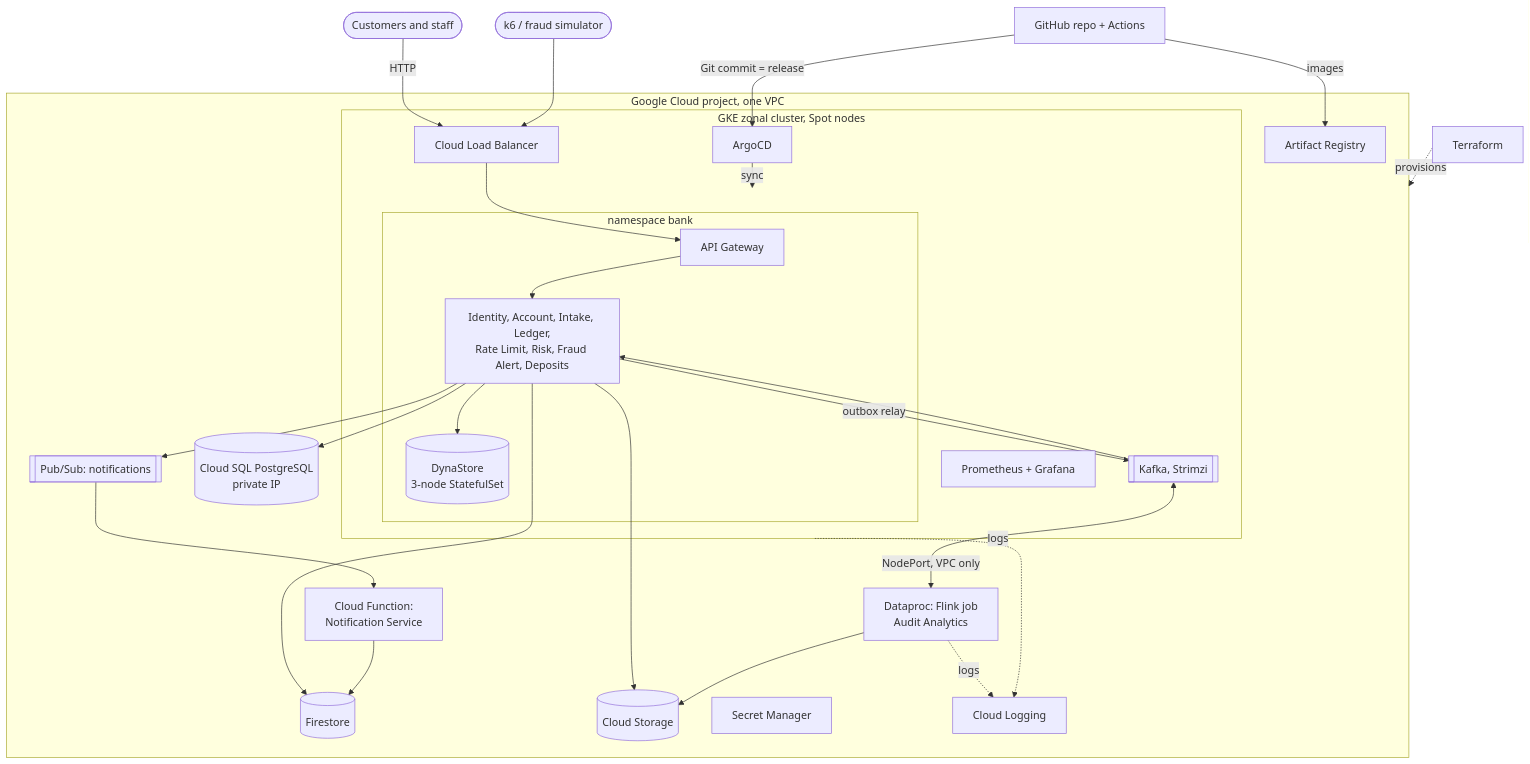
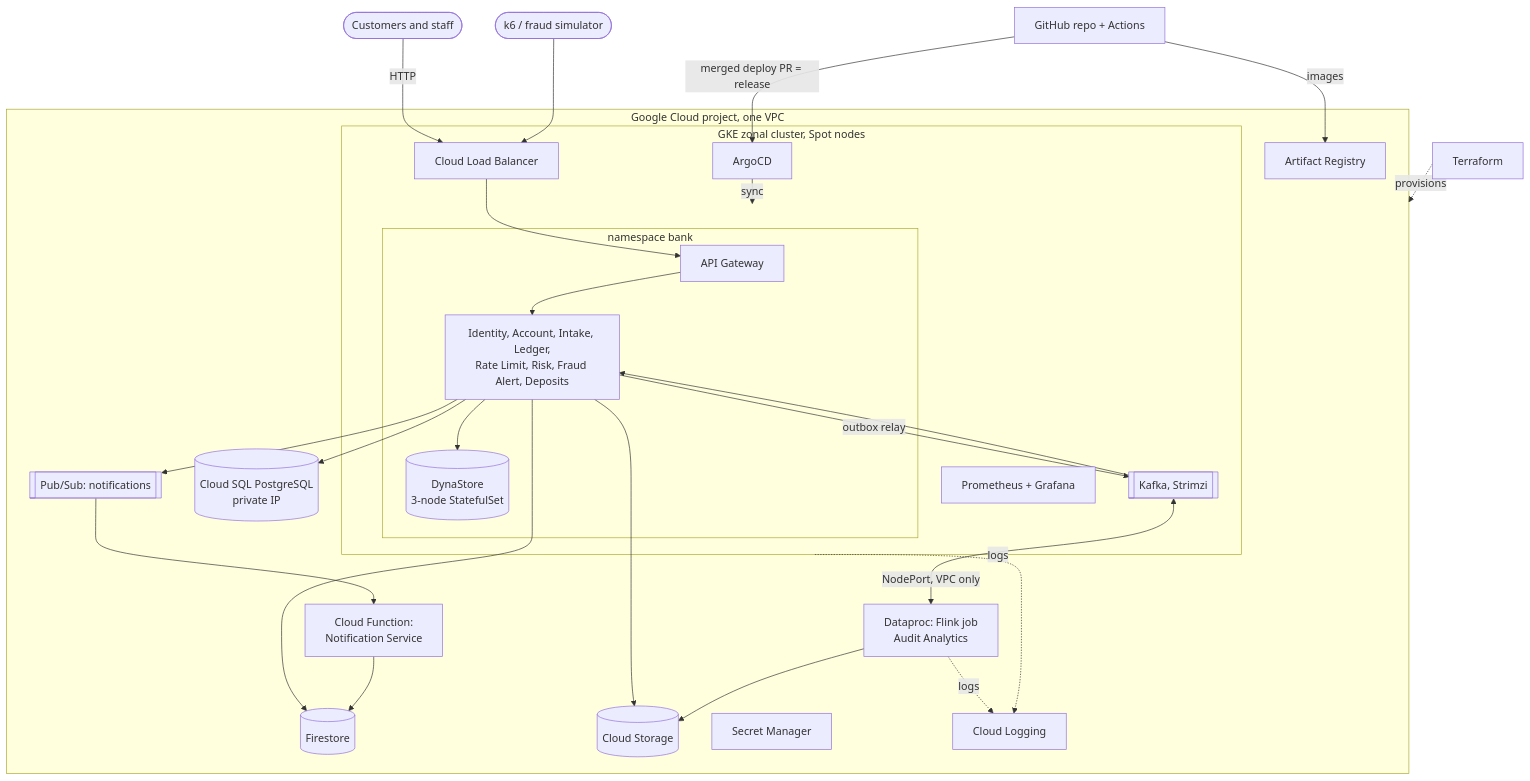
One commit to MSRishab007/unbeatable-bank changed the first of 2 diagrams in docs/design.md. Above: the diagram before and after it, drawn with Mermaid. The commit also changed other lines of this file and 8 other files, not shown here.

````diff
--- a/docs/design.md
+++ b/docs/design.md
@@ -53,43 +53,43 @@
 ```mermaid
 flowchart TB
     user([Customers and staff]) -->|HTTP| lb[Cloud Load Balancer]
     k6([k6 / fraud simulator]) --> lb
 
     subgraph gcp[Google Cloud project, one VPC]
         subgraph gke[GKE zonal cluster, Spot nodes]
             lb --> gw[API Gateway]
             subgraph bank[namespace bank]
                 gw --> svcs[Identity, Account, Intake, Ledger,<br/>Rate Limit, Risk, Fraud Alert, Deposits]
                 svcs --> dyna[(DynaStore<br/>3-node StatefulSet)]
             end
             kafka[[Kafka, Strimzi]]
             argo[ArgoCD]
             prom[Prometheus + Grafana]
             svcs -->|outbox relay| kafka
             kafka --> svcs
         end
         sql[(Cloud SQL PostgreSQL<br/>private IP)]
         fs[(Firestore)]
         gcs[(Cloud Storage)]
         ps[[Pub/Sub: notifications]]
         fn[Cloud Function:<br/>Notification Service]
         dp[Dataproc: Flink job<br/>Audit Analytics]
         sm[Secret Manager]
         ar[Artifact Registry]
         log[Cloud Logging]
 
         svcs --> sql
         svcs --> fs
         svcs --> gcs
         svcs --> ps --> fn --> fs
         kafka <-->|NodePort, VPC only| dp
         dp --> gcs
         gke -.logs.-> log
         dp -.logs.-> log
     end
 
     gh[GitHub repo + Actions] -->|images| ar
-    gh -->|Git commit = release| argo
+    gh -->|merged deploy PR = release| argo
     argo -->|sync| bank
     tf[Terraform] -.provisions.-> gcp
 ```
````
